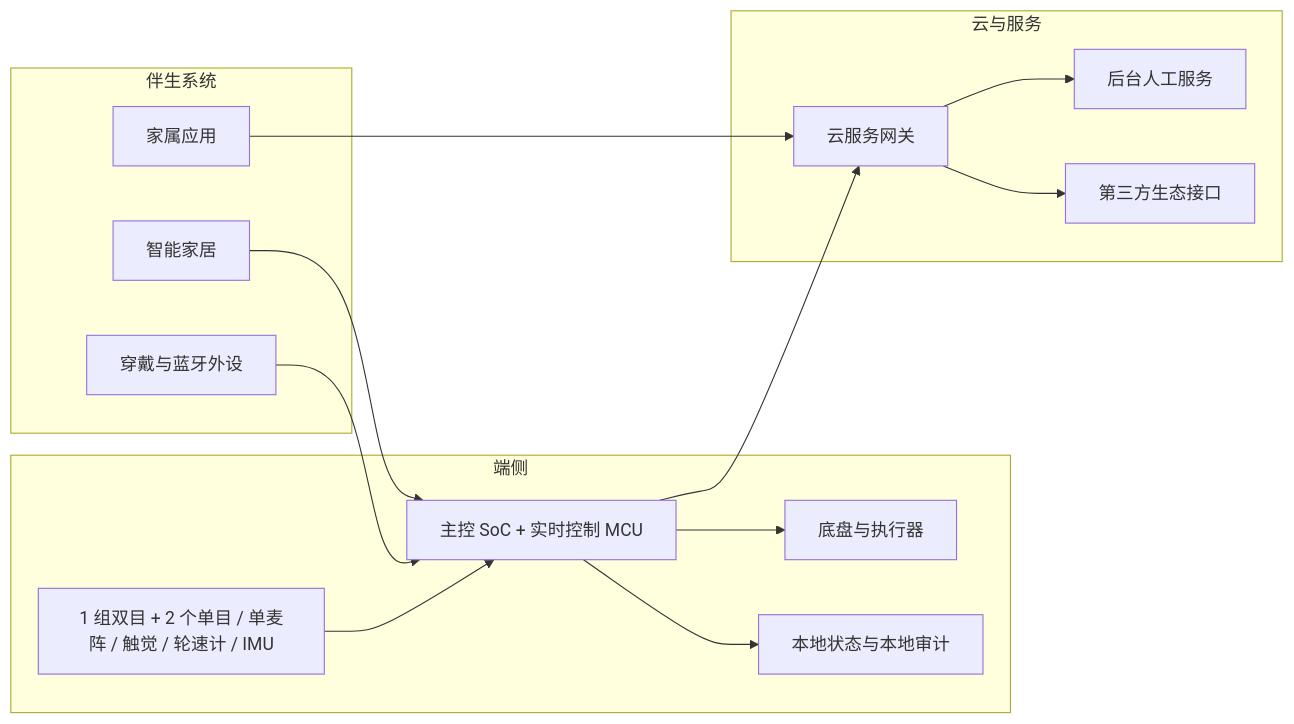
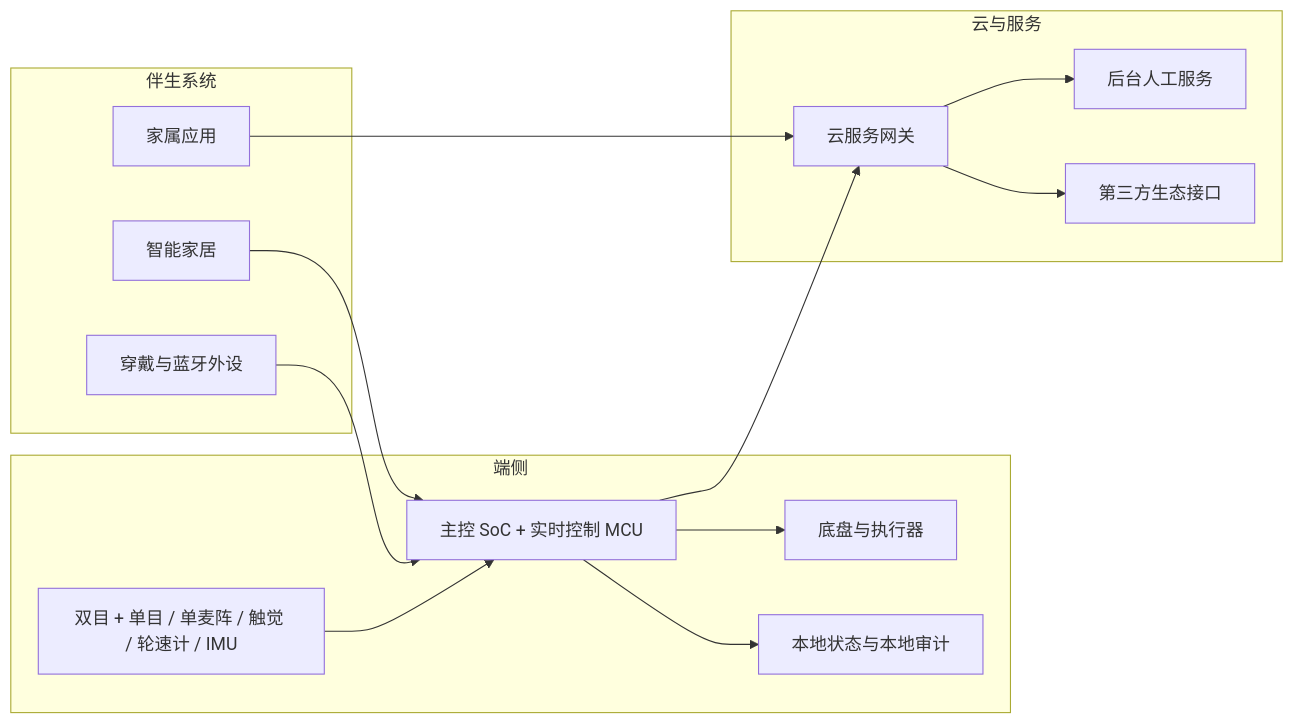
Before and after one commit to hlm12348765/Kinbot_OODA: the fourth of 4 diagrams in docs/02_p1_architecture/01_overall_architecture.md, drawn with Mermaid. The commit also changed other lines of this file, not shown here.

Commit message:
docs(architecture): streamline overall architecture overview

````diff
--- a/docs/02_p1_architecture/01_overall_architecture.md
+++ b/docs/02_p1_architecture/01_overall_architecture.md
@@ -722,30 +241,30 @@
 ```mermaid
 flowchart LR
     subgraph EDGE[端侧]
         E1[主控 SoC + 实时控制 MCU]
         E2[底盘与执行器]
-        E3[1 组双目 + 2 个单目 / 单麦阵 / 触觉 / 轮速计 / IMU]
+        E3[双目 + 单目 / 单麦阵 / 触觉 / 轮速计 / IMU]
         E4[本地状态与本地审计]
     end
 
     subgraph COMP[伴生系统]
         C1[穿戴与蓝牙外设]
         C2[智能家居]
         C3[家属应用]
     end
 
     subgraph CLOUD[云与服务]
         C4[云服务网关]
         C5[后台人工服务]
         C6[第三方生态接口]
     end
 
     E3 --> E1 --> E2
     E1 --> E4
     C1 --> E1
     C2 --> E1
     E1 --> C4
     C3 --> C4
     C4 --> C5
     C4 --> C6
 ```
````
